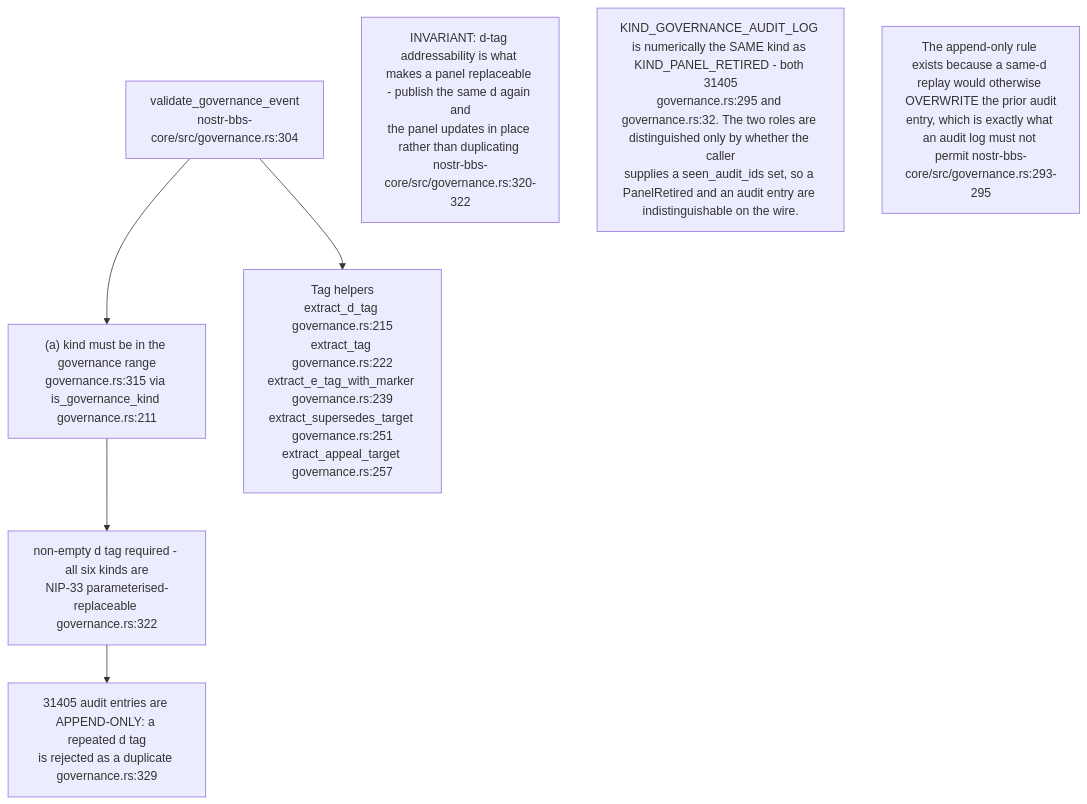
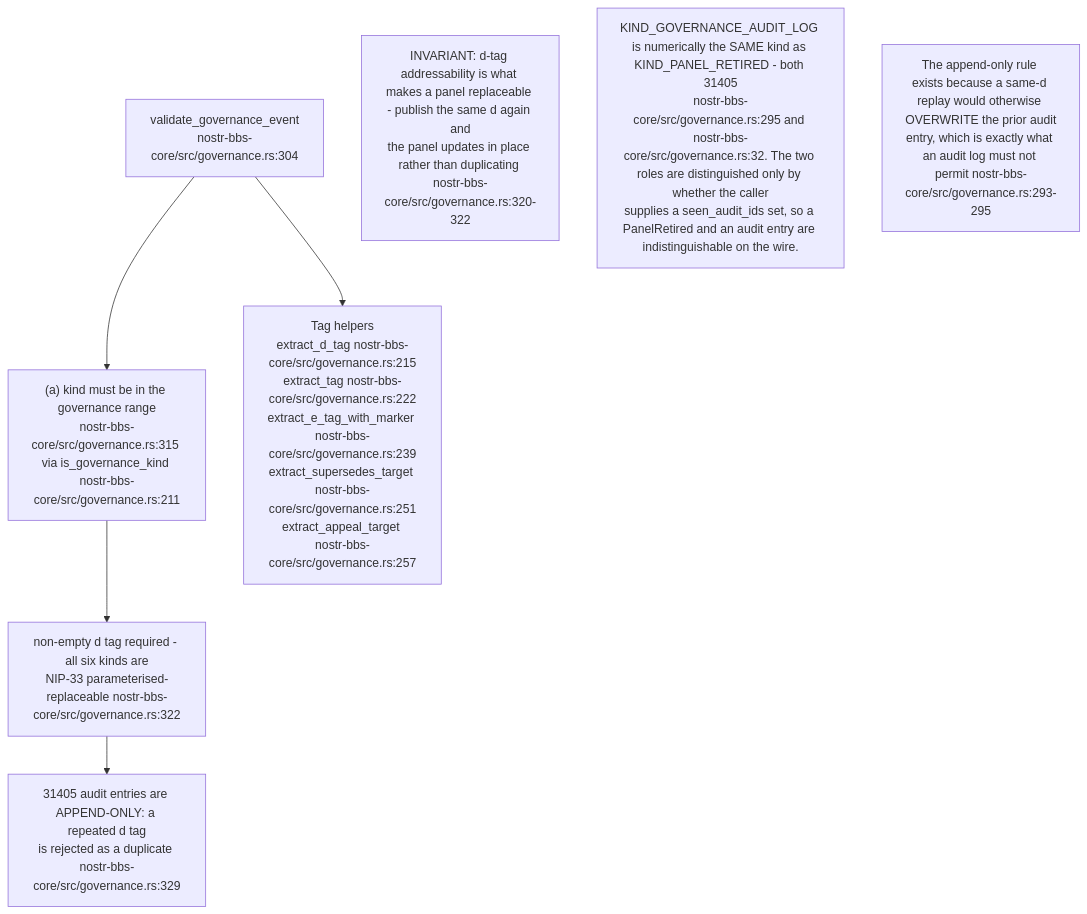
Before and after one commit to DreamLab-AI/VisionFlow: the second of 11 diagrams in docs/diagrams/nostr-rust-forum/06-agent-control-surface-31400-31405.md, drawn with Mermaid. The commit also changed other lines of this file and 185 other files, not shown here.

Commit message:
docs(estate): reconcile diagrams and ADRs with source and define closeout sprint

````diff
--- a/docs/diagrams/nostr-rust-forum/06-agent-control-surface-31400-31405.md
+++ b/docs/diagrams/nostr-rust-forum/06-agent-control-surface-31400-31405.md
@@ -59,15 +60,15 @@
 ```mermaid
 flowchart TB
     V["validate_governance_event<br/>nostr-bbs-core/src/governance.rs:304"]
-    K["(a) kind must be in the governance range<br/>governance.rs:315 via is_governance_kind governance.rs:211"]
-    D["non-empty d tag required - all six kinds are<br/>NIP-33 parameterised-replaceable governance.rs:322"]
-    AUD["31405 audit entries are APPEND-ONLY: a repeated d tag<br/>is rejected as a duplicate governance.rs:329"]
-    HELP["Tag helpers<br/>extract_d_tag governance.rs:215<br/>extract_tag governance.rs:222<br/>extract_e_tag_with_marker governance.rs:239<br/>extract_supersedes_target governance.rs:251<br/>extract_appeal_target governance.rs:257"]
+    K["(a) kind must be in the governance range<br/>nostr-bbs-core/src/governance.rs:315 via is_governance_kind nostr-bbs-core/src/governance.rs:211"]
+    D["non-empty d tag required - all six kinds are<br/>NIP-33 parameterised-replaceable nostr-bbs-core/src/governance.rs:322"]
+    AUD["31405 audit entries are APPEND-ONLY: a repeated d tag<br/>is rejected as a duplicate nostr-bbs-core/src/governance.rs:329"]
+    HELP["Tag helpers<br/>extract_d_tag nostr-bbs-core/src/governance.rs:215<br/>extract_tag nostr-bbs-core/src/governance.rs:222<br/>extract_e_tag_with_marker nostr-bbs-core/src/governance.rs:239<br/>extract_supersedes_target nostr-bbs-core/src/governance.rs:251<br/>extract_appeal_target nostr-bbs-core/src/governance.rs:257"]
 
     V --> K --> D --> AUD
     V --> HELP
 
     N1["INVARIANT: d-tag addressability is what makes a panel replaceable - publish the same d again and<br/>the panel updates in place rather than duplicating nostr-bbs-core/src/governance.rs:320-322"]
-    N2["KIND_GOVERNANCE_AUDIT_LOG is numerically the SAME kind as KIND_PANEL_RETIRED - both 31405<br/>governance.rs:295 and governance.rs:32. The two roles are distinguished only by whether the caller<br/>supplies a seen_audit_ids set, so a PanelRetired and an audit entry are indistinguishable on the wire."]
+    N2["KIND_GOVERNANCE_AUDIT_LOG is numerically the SAME kind as KIND_PANEL_RETIRED - both 31405<br/>nostr-bbs-core/src/governance.rs:295 and nostr-bbs-core/src/governance.rs:32. The two roles are distinguished only by whether the caller<br/>supplies a seen_audit_ids set, so a PanelRetired and an audit entry are indistinguishable on the wire."]
     N3["The append-only rule exists because a same-d replay would otherwise OVERWRITE the prior audit<br/>entry, which is exactly what an audit log must not permit nostr-bbs-core/src/governance.rs:293-295"]
 ```
````
